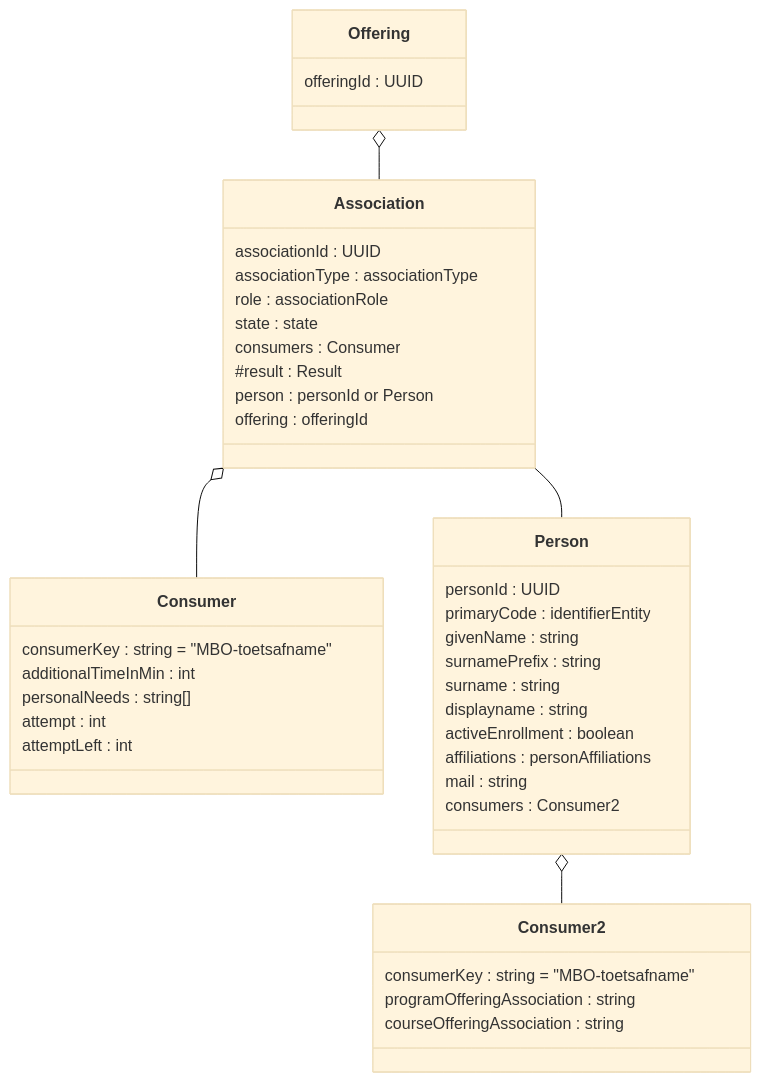
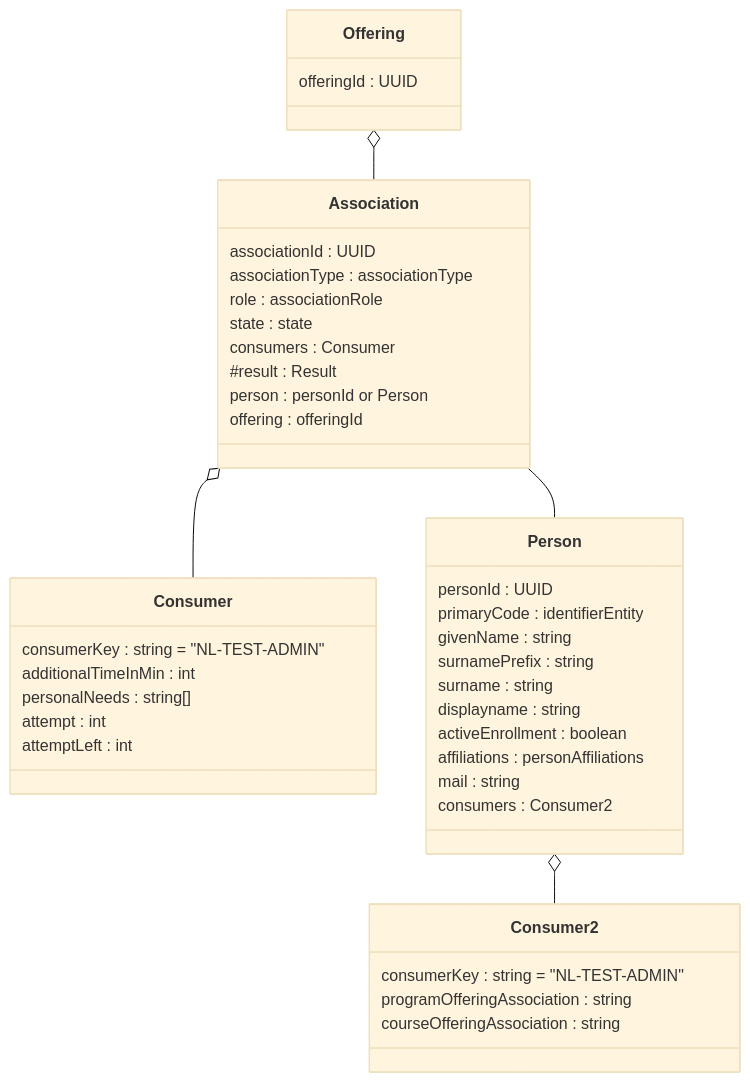
Before and after one commit to NetwerkExamineringDigitalisering/NED-OOAPI: the second of 5 diagrams in doc/flow1.md, drawn with Mermaid (base theme). The commit also changed other lines of this file and 11 other files, not shown here.

````diff
--- a/doc/flow1.md
+++ b/doc/flow1.md
@@ -90,45 +91,45 @@
 ```mermaid
 classDiagram
     class Association {
     	associationId : UUID
 	associationType : associationType
 	role : associationRole
 	state : state
 	consumers : Consumer
 #	result : Result
 	person : personId or Person
 	offering : offeringId
     }
     class Consumer {
-    	consumerKey : string = "MBO-toetsafname"
+    	consumerKey : string = "NL-TEST-ADMIN"
 	    additionalTimeInMin : int
 	    personalNeeds : string[]
         attempt : int
         attemptLeft : int
     }
     class Person {
 	personId : UUID
 	primaryCode : identifierEntity
 	givenName : string
 	surnamePrefix : string 
 	surname : string
 	displayname : string
 	activeEnrollment : boolean 
 	affiliations : personAffiliations
 	mail : string
     	consumers : Consumer2
     }
     class Consumer2 {
-    	consumerKey : string = "MBO-toetsafname"
+    	consumerKey : string = "NL-TEST-ADMIN"
 	    programOfferingAssociation : string
 	    courseOfferingAssociation : string
     }
     class Offering {
        offeringId : UUID
     }
     Offering  o-- Association
     Association o-- Consumer
     Association -- Person
     Person o-- Consumer2
 
 ```
````
